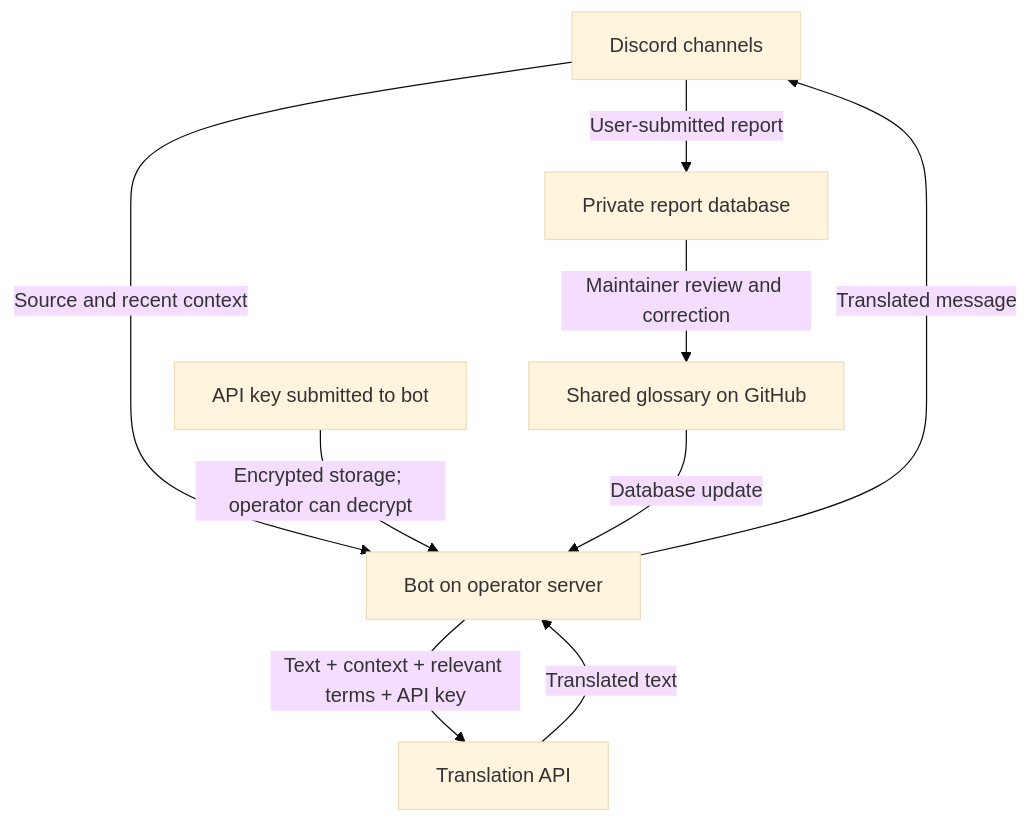
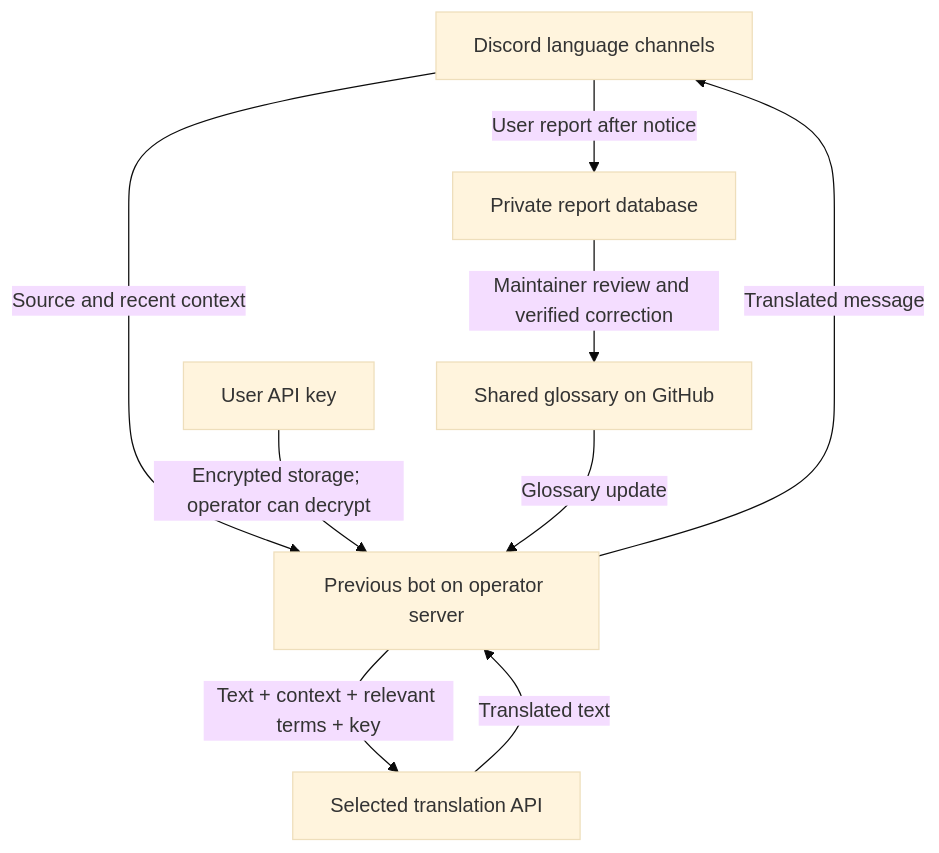
The fourth of 12 diagrams in ARCHITECTURE.md (Odarom/zenless-discord-translator), drawn with Mermaid (base theme) before and after one commit. The commit also changed other lines of this file and 19 other files, not shown here.

```diff
--- a/ARCHITECTURE.md
+++ b/ARCHITECTURE.md
@@ -5,11 +63,11 @@
 ~~~mermaid
 flowchart TD
-  D[Discord channels] -->|Source and recent context| B[Bot on operator server]
-  K[API key submitted to bot] -->|Encrypted storage; operator can decrypt| B
-  G[Shared glossary on GitHub] -->|Database update| B
-  B -->|Text + context + relevant terms + API key| A[Translation API]
-  A -->|Translated text| B
-  B -->|Translated message| D
-  D -->|User-submitted report| R[Private report database]
-  R -->|Maintainer review and correction| G
+ D["Discord language channels"] -->|"Source and recent context"| B["Previous bot on operator server"]
+ K["User API key"] -->|"Encrypted storage; operator can decrypt"| B
+ G["Shared glossary on GitHub"] -->|"Glossary update"| B
+ B -->|"Text + context + relevant terms + key"| A["Selected translation API"]
+ A -->|"Translated text"| B
+ B -->|"Translated message"| D
+ D -->|"User report after notice"| R["Private report database"]
+ R -->|"Maintainer review and verified correction"| G
 ~~~
```
